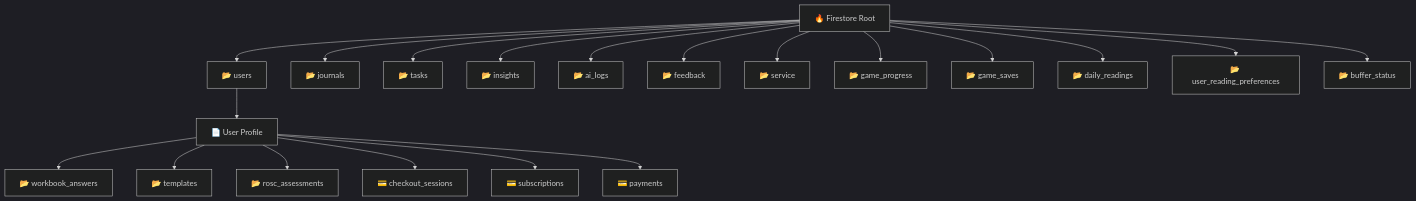
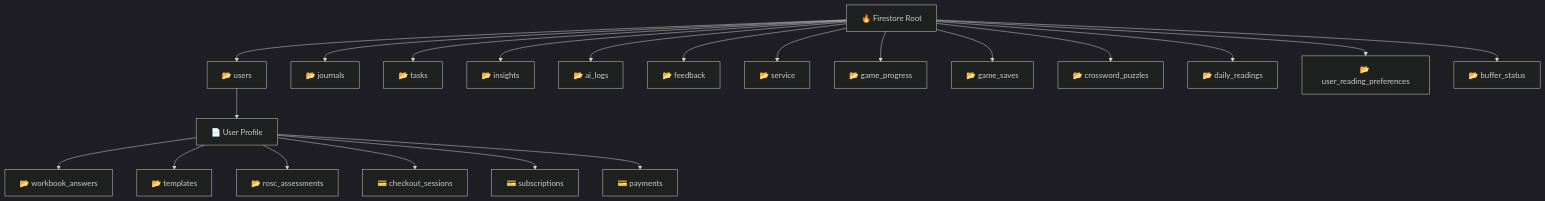
The diagram in docs/SCHEMA_ARCHITECTURE.md (rpdouglas/MRT2), drawn with Mermaid (dark theme) before and after one commit. The commit also changed other lines of this file and 5 other files, not shown here.

````diff
--- a/docs/SCHEMA_ARCHITECTURE.md
+++ b/docs/SCHEMA_ARCHITECTURE.md
@@ -8,25 +8,26 @@
 ```mermaid
 graph TD
     root[🔥 Firestore Root]
 
     root --> users[📂 users]
     users --> userDoc[📄 User Profile]
     userDoc --> workbook_answers[📂 workbook_answers]
     userDoc --> templates[📂 templates]
     userDoc --> rosc_assessments[📂 rosc_assessments]
     userDoc --> checkout_sessions[💳 checkout_sessions]
     userDoc --> subscriptions[💳 subscriptions]
     userDoc --> payments[💳 payments]
 
     root --> journals[📂 journals]
     root --> tasks[📂 tasks]
     root --> insights[📂 insights]
     root --> ai_logs[📂 ai_logs]
     root --> feedback[📂 feedback]
     root --> service[📂 service]
     root --> game_progress[📂 game_progress]
     root --> game_saves[📂 game_saves]
+    root --> crossword_puzzles[📂 crossword_puzzles]
     root --> daily_readings[📂 daily_readings]
     root --> user_reading_preferences[📂 user_reading_preferences]
     root --> buffer_status[📂 buffer_status]
 ```
````
